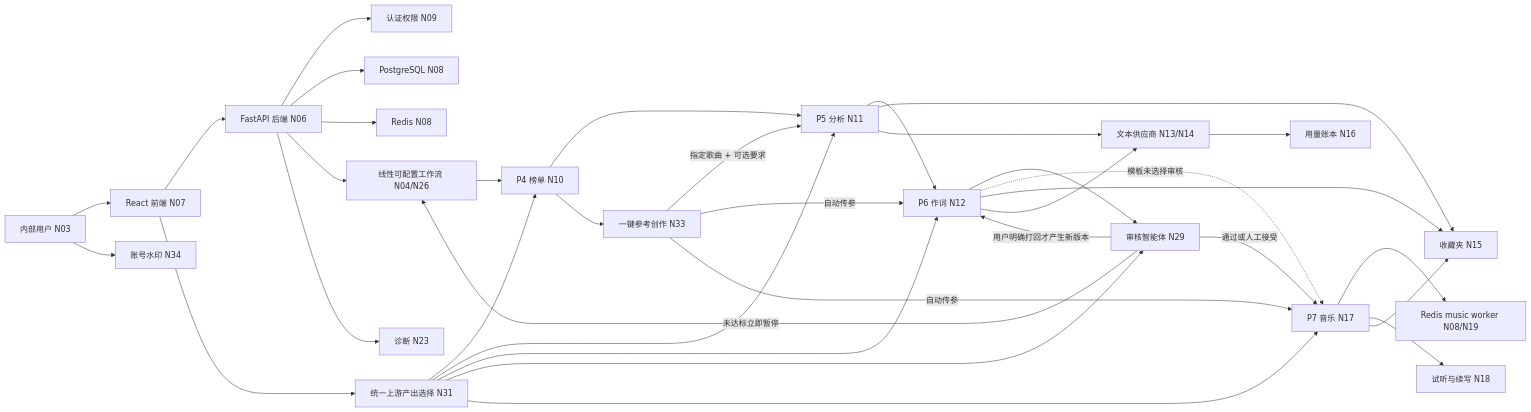
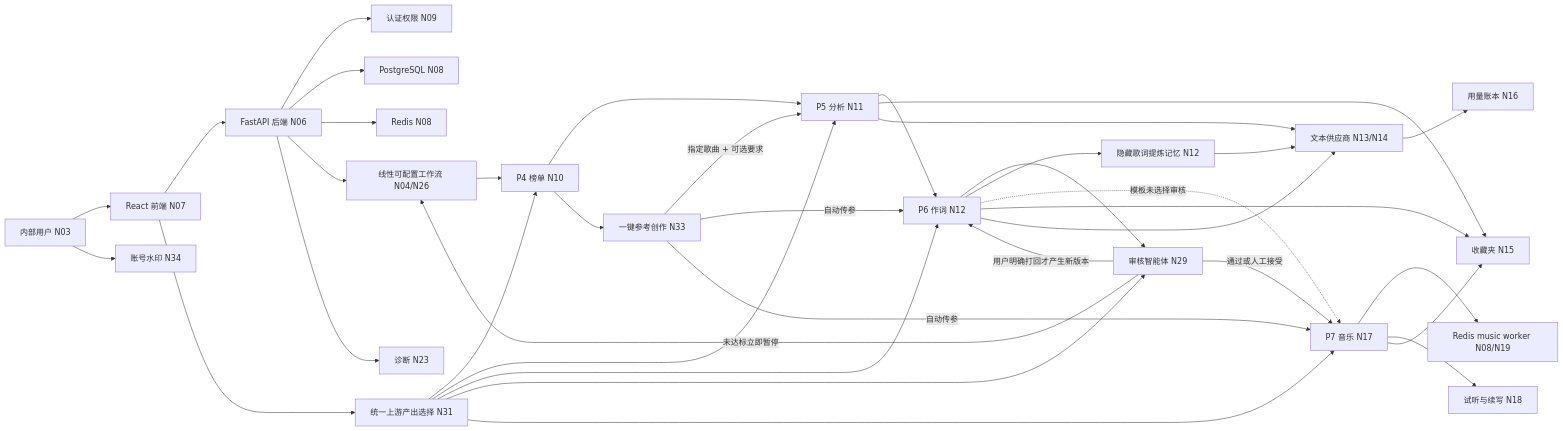
One commit to sunjiaxing520/SunJX changed the diagram in docs/notes/蓝乐_当前上下文速记.md. Above: the diagram before and after it, drawn with Mermaid. The commit also changed other lines of this file and 13 other files, not shown here.

Commit message:
Add hidden lyrics memory skill

````diff
--- a/docs/notes/蓝乐_当前上下文速记.md
+++ b/docs/notes/蓝乐_当前上下文速记.md
@@ -72,37 +72,39 @@
 ```mermaid
 flowchart LR
     User["内部用户 N03"] --> UI["React 前端 N07"]
     UI --> API["FastAPI 后端 N06"]
     User --> Watermark["账号水印 N34"]
     API --> Auth["认证权限 N09"]
     API --> DB["PostgreSQL N08"]
     API --> Redis["Redis N08"]
     API --> Flow["线性可配置工作流 N04/N26"]
     Flow --> Rank["P4 榜单 N10"]
     Rank --> Analysis["P5 分析 N11"]
     Analysis --> Lyrics["P6 作词 N12"]
     Lyrics --> Review["审核智能体 N29"]
+    Lyrics --> LyricsMemory["隐藏歌词提炼记忆 N12"]
+    LyricsMemory --> Provider
     Review -->|未达标立即暂停| Flow
     Review -->|用户明确打回才产生新版本| Lyrics
     Review -->|通过或人工接受| Music["P7 音乐 N17"]
     Lyrics -.->|模板未选择审核| Music
     Rank --> Reference["一键参考创作 N33"]
     Reference -->|指定歌曲 + 可选要求| Analysis
     Reference -->|自动传参| Lyrics
     Reference -->|自动传参| Music
     Music --> RedisWorker["Redis music worker N08/N19"]
     Music --> Audition["试听与续写 N18"]
     UI --> Picker["统一上游产出选择 N31"]
     Picker --> Rank
     Picker --> Analysis
     Picker --> Lyrics
     Picker --> Review
     Picker --> Music
     Analysis --> Favorite["收藏夹 N15"]
     Lyrics --> Favorite
     Music --> Favorite
     Analysis --> Provider["文本供应商 N13/N14"]
     Lyrics --> Provider
     Provider --> Usage["用量账本 N16"]
     API --> Diagnostics["诊断 N23"]
 ```
````
